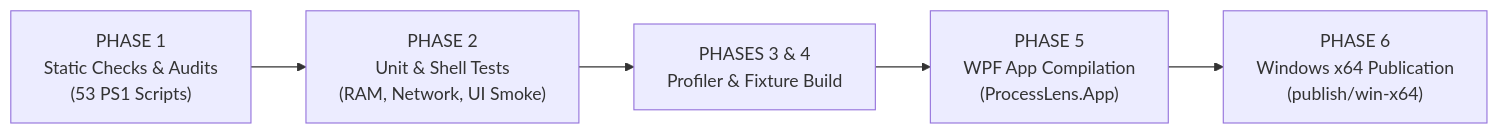
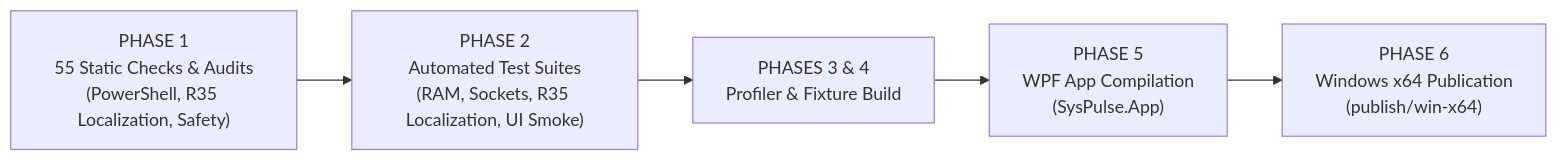
One commit to Buconero03/SysPulse changed the second of 3 diagrams in README.md. Above: the diagram before and after it, drawn with Mermaid. The commit also changed other lines of this file and 26 other files, not shown here.

Commit message:
SysPulse R35 R2: align docs and tests, add LICENSE, update build receipt to build-r35r2.ok, add demo screenshot, calibrate claims, and complete branding

````diff
--- a/README.md
+++ b/README.md
@@ -221,7 +237,7 @@
 ```mermaid
 flowchart LR
-    F1["PHASE 1<br/>Static Checks & Audits<br/>(53 PS1 Scripts)"] --> F2["PHASE 2<br/>Unit & Shell Tests<br/>(RAM, Network, UI Smoke)"]
+    F1["PHASE 1<br/>55 Static Checks & Audits<br/>(PowerShell, R35 Localization, Safety)"] --> F2["PHASE 2<br/>Automated Test Suites<br/>(RAM, Sockets, R35 Localization, UI Smoke)"]
     F2 --> F3["PHASES 3 & 4<br/>Profiler & Fixture Build"]
-    F3 --> F5["PHASE 5<br/>WPF App Compilation<br/>(ProcessLens.App)"]
+    F3 --> F5["PHASE 5<br/>WPF App Compilation<br/>(SysPulse.App)"]
     F5 --> F6["PHASE 6<br/>Windows x64 Publication<br/>(publish/win-x64)"]
 ```
````
